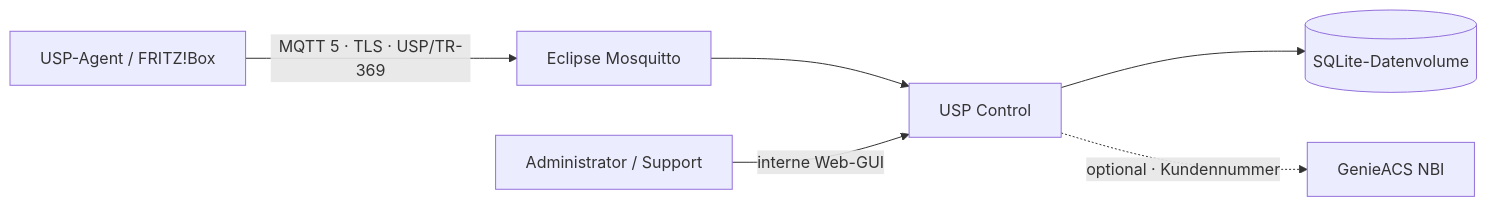
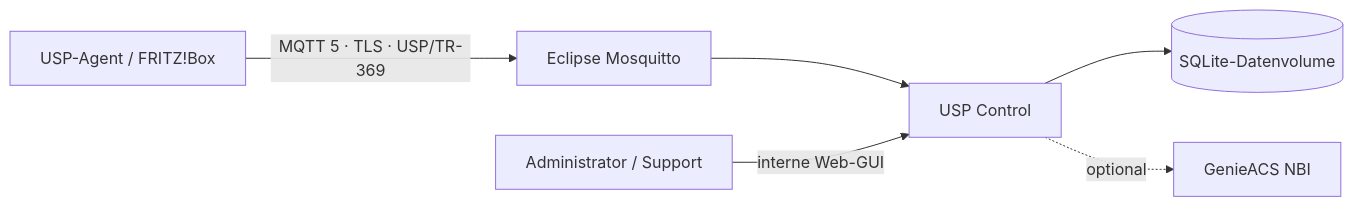
Before and after one commit to DeepZone/usp-client-control: the diagram in README.md, drawn with Mermaid.

Commit message:
README.md bearbeiten

````diff
--- a/README.md
+++ b/README.md
@@ -54,8 +54,8 @@
 ```mermaid
 flowchart LR
     A["USP-Agent / FRITZ!Box"] -->|"MQTT 5 · TLS · USP/TR-369"| M["Eclipse Mosquitto"]
     M --> C["USP Control"]
     U["Administrator / Support"] -->|"interne Web-GUI"| C
     C --> D[("SQLite-Datenvolume")]
-    C -.->|"optional · Kundennummer"| G["GenieACS NBI"]
+    C -.->|"optional"| G["GenieACS NBI"]
 ```
````
